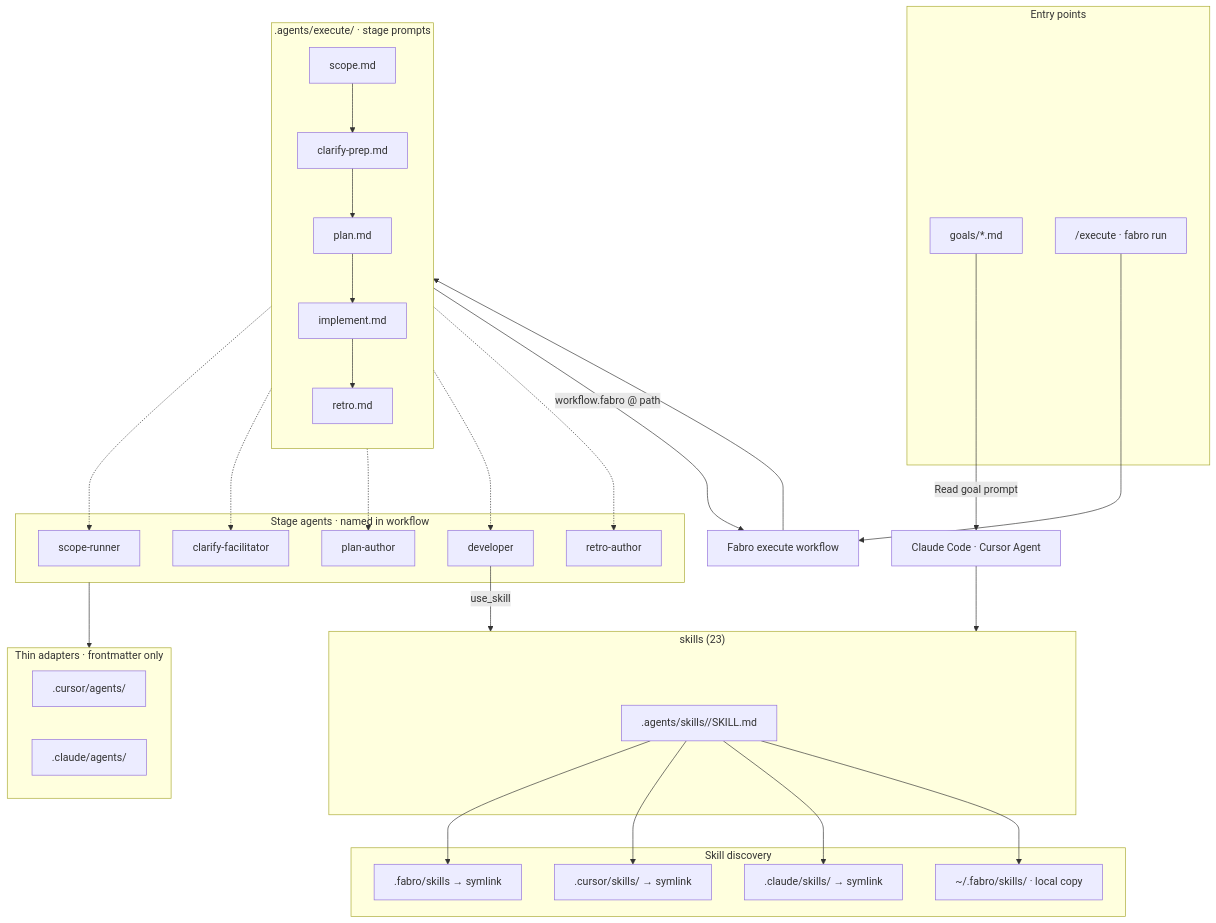
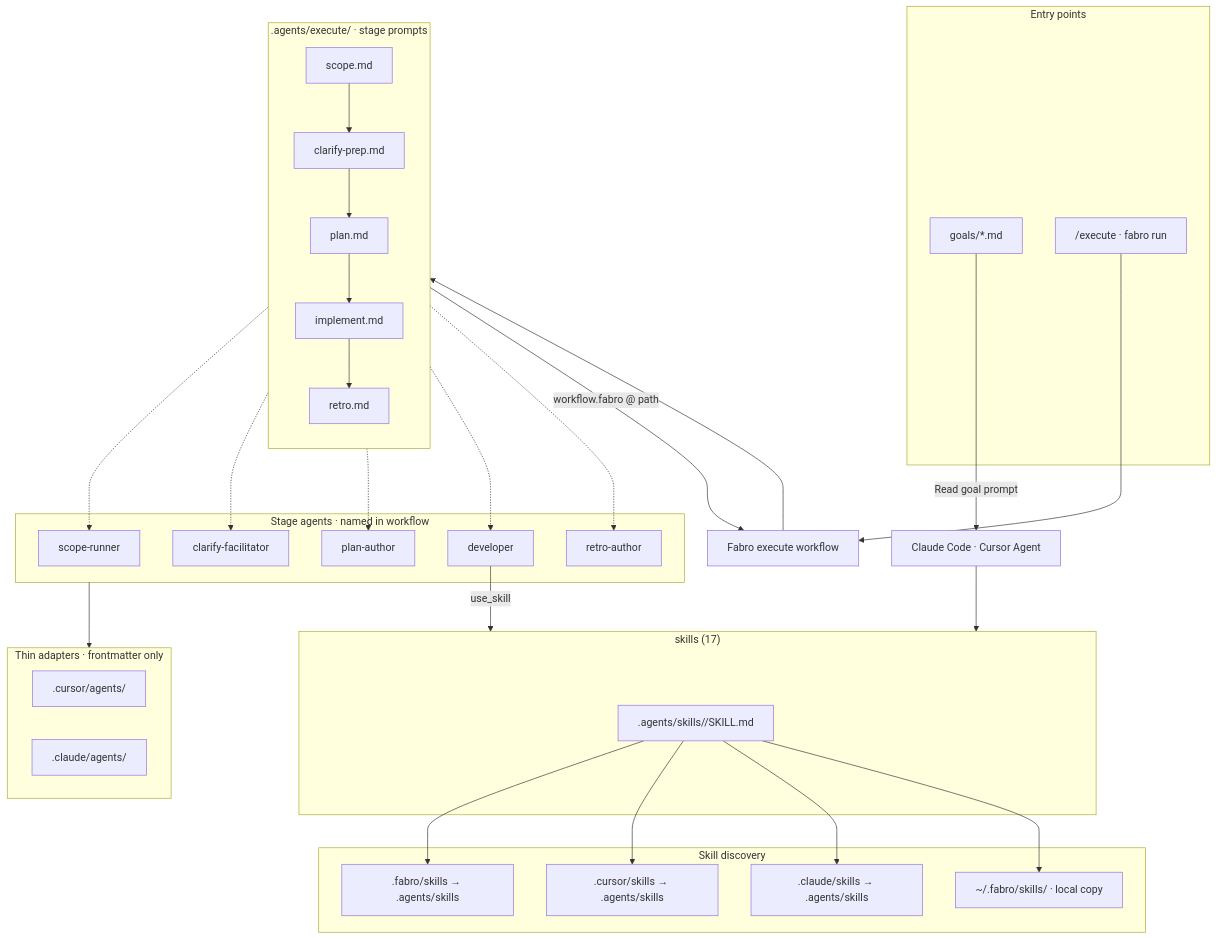
The diagram in .agents/CONFIGURATION.md (jsroga/nomos), drawn with Mermaid before and after one commit. The commit also changed other lines of this file and 450 other files, not shown here.

````diff
--- a/.agents/CONFIGURATION.md
+++ b/.agents/CONFIGURATION.md
@@ -7,62 +7,62 @@
 ```mermaid
 flowchart TB
   subgraph entry["Entry points"]
     goals["goals/*.md"]
     exec["/execute · fabro run"]
   end
 
   goals -->|"Read goal prompt"| session["Claude Code · Cursor Agent"]
   exec --> workflow["Fabro execute workflow"]
 
   subgraph prompts[".agents/execute/ · stage prompts"]
     direction TB
     scope_md[scope.md]
     clarify_md[clarify-prep.md]
     plan_md[plan.md]
     impl_md[implement.md]
     retro_md[retro.md]
   end
 
   workflow --> scope_md --> clarify_md --> plan_md --> impl_md --> retro_md
 
   subgraph agents["Stage agents · named in workflow"]
     scope_runner[scope-runner]
     clarify_fac[clarify-facilitator]
     plan_author[plan-author]
     developer[developer]
     retro_author[retro-author]
   end
 
   scope_md -.-> scope_runner
   clarify_md -.-> clarify_fac
   plan_md -.-> plan_author
   impl_md -.-> developer
   retro_md -.-> retro_author
 
   subgraph adapters["Thin adapters · frontmatter only"]
     cursor_agents[".cursor/agents/"]
     claude_agents[".claude/agents/"]
   end
 
   agents --> adapters
   prompts -->|"workflow.fabro @ path"| workflow
 
-  subgraph skills_block["skills (23)"]
+  subgraph skills_block["skills (17)"]
     skills_root[".agents/skills/<name>/SKILL.md"]
   end
 
   developer -->|"use_skill"| skills_block
   session --> skills_block
 
   subgraph skill_discovery["Skill discovery"]
-    fabro_sk[".fabro/skills → symlink"]
-    cursor_sk[".cursor/skills/ → symlink"]
-    claude_sk[".claude/skills/ → symlink"]
+    fabro_sk[".fabro/skills → .agents/skills"]
+    cursor_sk[".cursor/skills → .agents/skills"]
+    claude_sk[".claude/skills → .agents/skills"]
     fabro_home["~/.fabro/skills/ · local copy"]
   end
 
   skills_root --> fabro_sk
   skills_root --> cursor_sk
   skills_root --> claude_sk
   skills_root --> fabro_home
 ```
````
